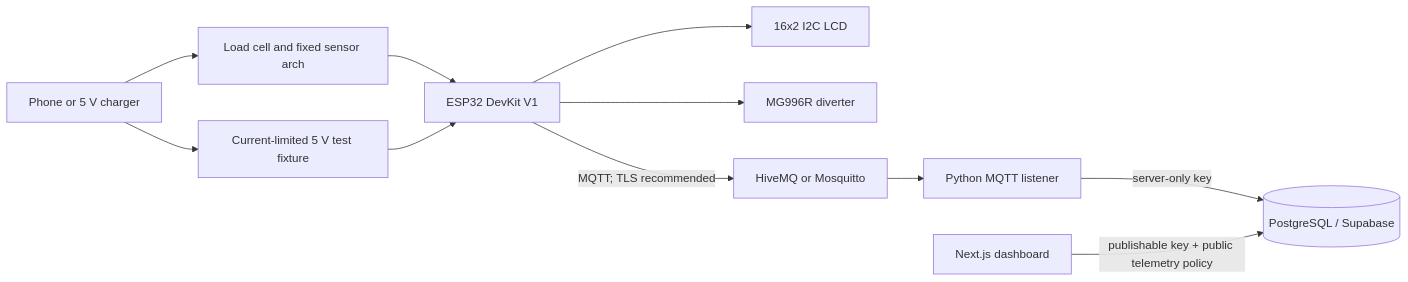
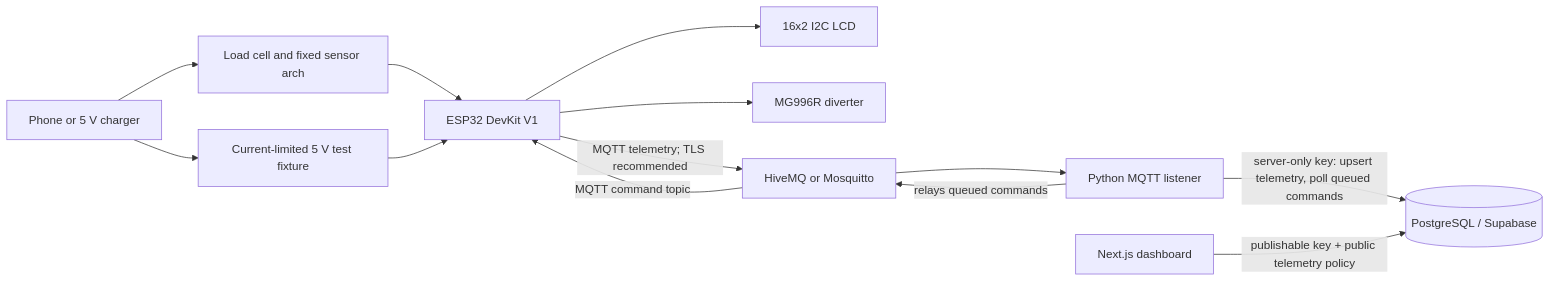
One commit to chezca-v/regrade changed the diagram in docs/ARCHITECTURE.md. Above: the diagram before and after it, drawn with Mermaid. The commit also changed other lines of this file and 15 other files, not shown here.

````diff
--- a/docs/ARCHITECTURE.md
+++ b/docs/ARCHITECTURE.md
@@ -12,13 +12,15 @@
 ```mermaid
 flowchart LR
     DUT[Phone or 5 V charger] --> Bed[Load cell and fixed sensor arch]
     Bed --> ESP[ESP32 DevKit V1]
     DUT --> USB[Current-limited 5 V test fixture]
     USB --> ESP
     ESP --> LCD[16x2 I2C LCD]
     ESP --> Servo[MG996R diverter]
-    ESP -->|MQTT; TLS recommended| Broker[HiveMQ or Mosquitto]
+    ESP -->|MQTT telemetry; TLS recommended| Broker[HiveMQ or Mosquitto]
+    Broker -->|MQTT command topic| ESP
     Broker --> Listener[Python MQTT listener]
-    Listener -->|server-only key| DB[(PostgreSQL / Supabase)]
+    Listener -->|server-only key: upsert telemetry, poll queued commands| DB[(PostgreSQL / Supabase)]
+    Listener -->|relays queued commands| Broker
     Dashboard[Next.js dashboard] -->|publishable key + public telemetry policy| DB
 ```
````
